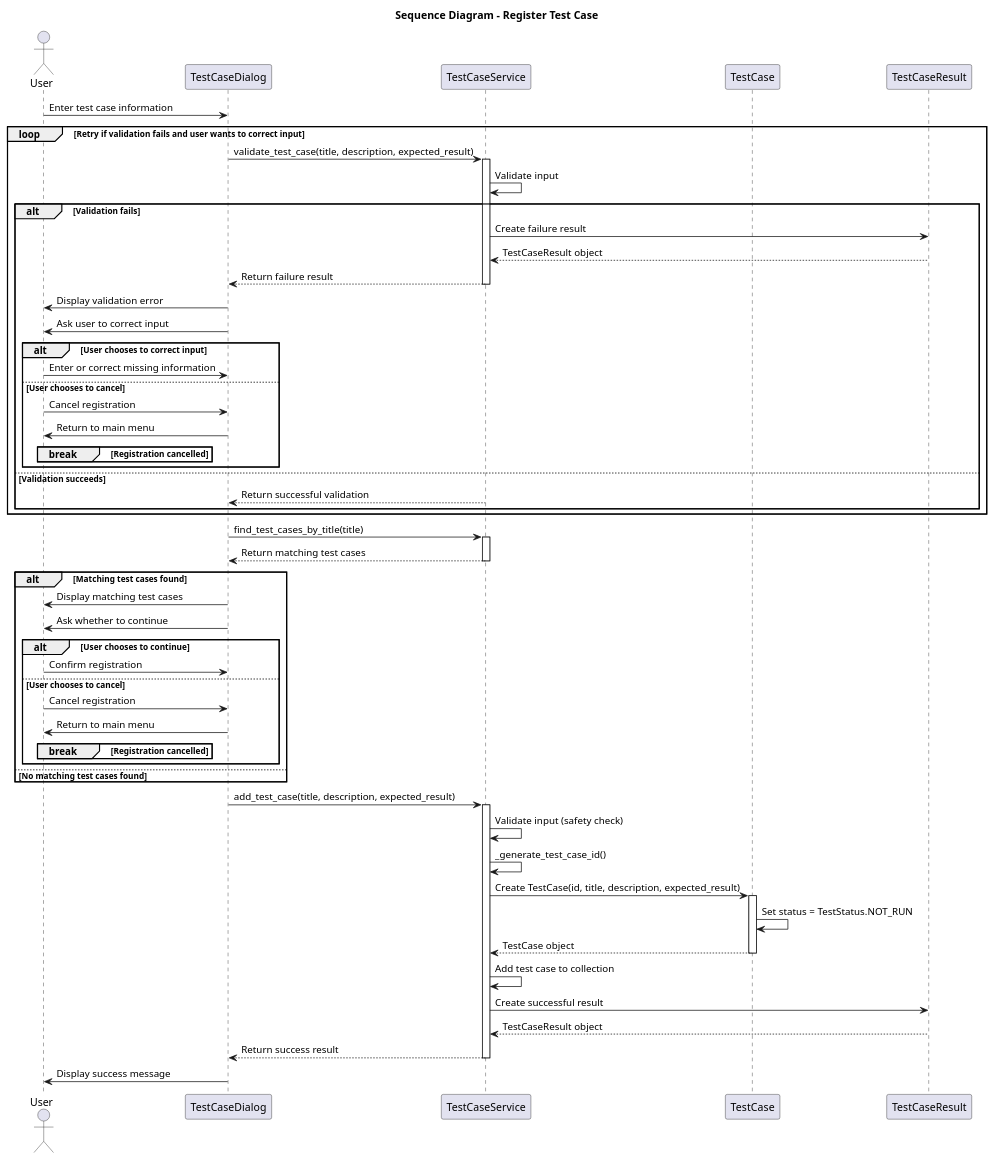
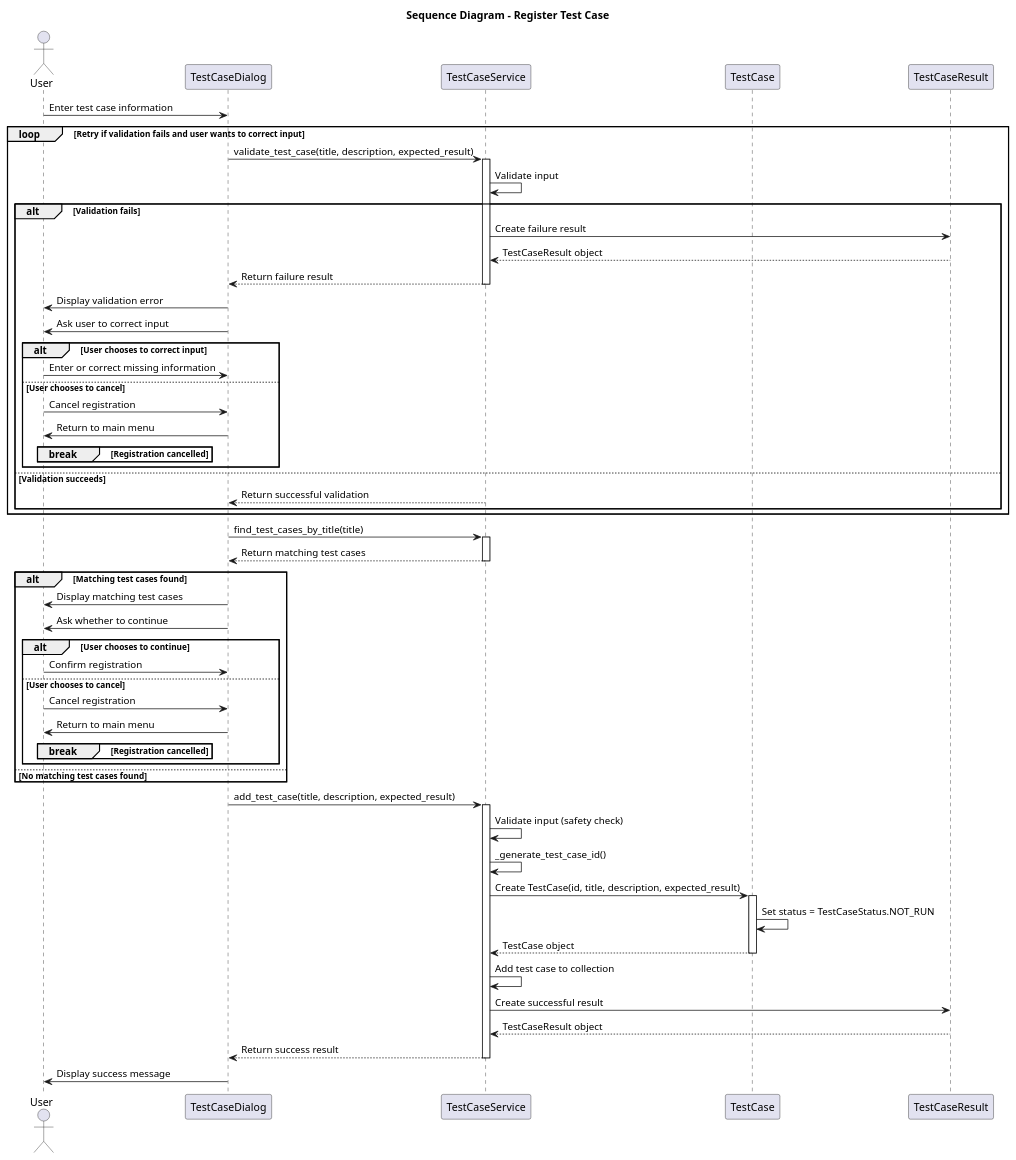
The diagram in test_case_register-app/tc_sequence_diagram.puml (h-jungar/OOP), drawn with PlantUML before and after one commit.

Commit message:
Updated class name
Updated TestStatus to TestCaseStatus, and added comment after 'break Registration cancelled' to clarify that the registration flow breaks, not just the loop, and the user returns to main menu

```diff
--- a/test_case_register-app/tc_sequence_diagram.puml
+++ b/test_case_register-app/tc_sequence_diagram.puml
@@ -1,101 +1,102 @@
 @startuml sequence_register_test_case
 
 title Sequence Diagram - Register Test Case
 
 actor User
 participant TestCaseDialog
 participant TestCaseService
 participant TestCase
 participant TestCaseResult
 
 User -> TestCaseDialog : Enter test case information
 
 ' Validate input
 loop Retry if validation fails and user wants to correct input
 
     TestCaseDialog -> TestCaseService : validate_test_case(title, description, expected_result)
     activate TestCaseService
 
     TestCaseService -> TestCaseService : Validate input
 
     alt Validation fails
 
         TestCaseService -> TestCaseResult : Create failure result
         TestCaseResult --> TestCaseService : TestCaseResult object
 
         TestCaseService --> TestCaseDialog : Return failure result
         deactivate TestCaseService
 
         TestCaseDialog -> User : Display validation error
         TestCaseDialog -> User : Ask user to correct input
 
         alt User chooses to correct input
             User -> TestCaseDialog : Enter or correct missing information
 
         else User chooses to cancel
             User -> TestCaseDialog : Cancel registration
             TestCaseDialog -> User : Return to main menu
 
             break Registration cancelled
                 ' Exit registration flow and return to main menu
             end
         end
 
     else Validation succeeds
 
         TestCaseService --> TestCaseDialog : Return successful validation
         deactivate TestCaseService
     end
 
 end
 
 ' Check for existing test cases with the same title
 TestCaseDialog -> TestCaseService : find_test_cases_by_title(title)
 activate TestCaseService
 TestCaseService --> TestCaseDialog : Return matching test cases
 deactivate TestCaseService
 
 alt Matching test cases found
 
     TestCaseDialog -> User : Display matching test cases
     TestCaseDialog -> User : Ask whether to continue
 
     alt User chooses to continue
         User -> TestCaseDialog : Confirm registration
 
     else User chooses to cancel
         User -> TestCaseDialog : Cancel registration
         TestCaseDialog -> User : Return to main menu
 
         break Registration cancelled
+        ' Exit registration flow and return to main menu
         end
     end
 
 else No matching test cases found
 end
 
 ' Register test case after successful validation
     TestCaseDialog -> TestCaseService : add_test_case(title, description, expected_result)
     activate TestCaseService
 
     TestCaseService -> TestCaseService : Validate input (safety check)
     TestCaseService -> TestCaseService : _generate_test_case_id()
 
     TestCaseService -> TestCase : Create TestCase(id, title, description, expected_result)
     activate TestCase
-    TestCase -> TestCase : Set status = TestStatus.NOT_RUN
+    TestCase -> TestCase : Set status = TestCaseStatus.NOT_RUN
     TestCase --> TestCaseService : TestCase object
     deactivate TestCase
 
     TestCaseService -> TestCaseService : Add test case to collection
 
     TestCaseService -> TestCaseResult : Create successful result
     TestCaseResult --> TestCaseService : TestCaseResult object
 
     TestCaseService --> TestCaseDialog : Return success result
     deactivate TestCaseService
 
     TestCaseDialog -> User : Display success message
 
 
 @enduml
```
